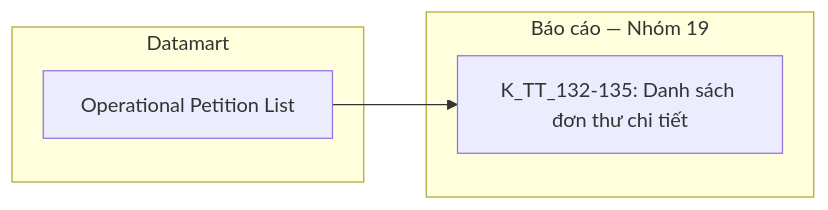
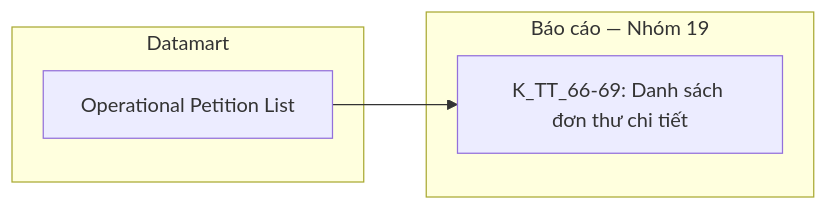
Diagram 48 of 50 in Datamart/hld/DTM_TT_HLD.md (linhlvit/ubck_atomic_design), drawn with Mermaid before and after one commit. The commit also changed other lines of this file and 8 other files, not shown here.

````diff
--- a/Datamart/hld/DTM_TT_HLD.md
+++ b/Datamart/hld/DTM_TT_HLD.md
@@ -1841,10 +1786,10 @@
 ```mermaid
 flowchart LR
     subgraph Datamart["Datamart"]
         G1["Operational Petition List"]
     end
     subgraph RPT["Báo cáo — Nhóm 19"]
-        R1["K_TT_132-135: Danh sách đơn thư chi tiết"]
+        R1["K_TT_66-69: Danh sách đơn thư chi tiết"]
     end
     G1 --> R1
 ```
````
